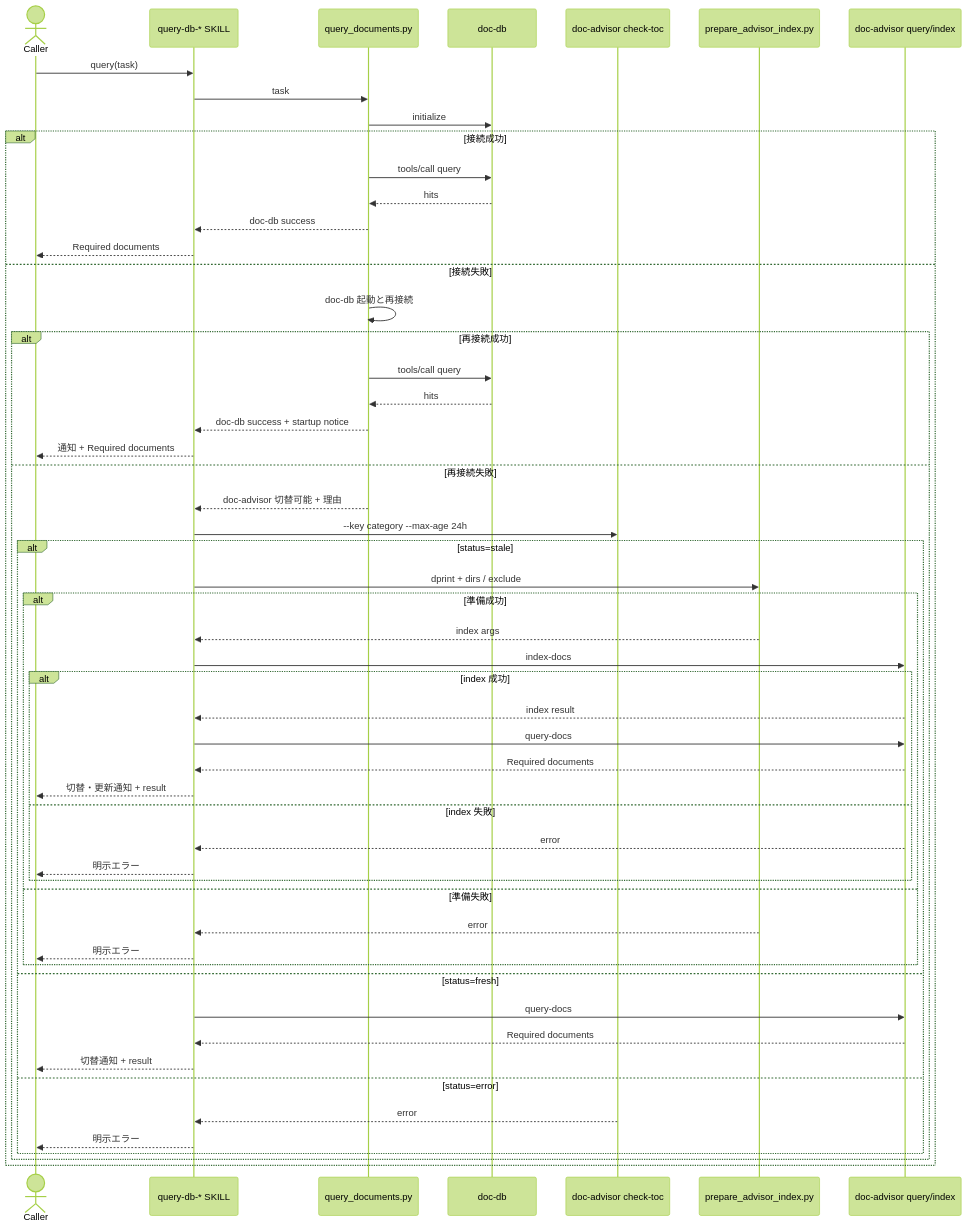
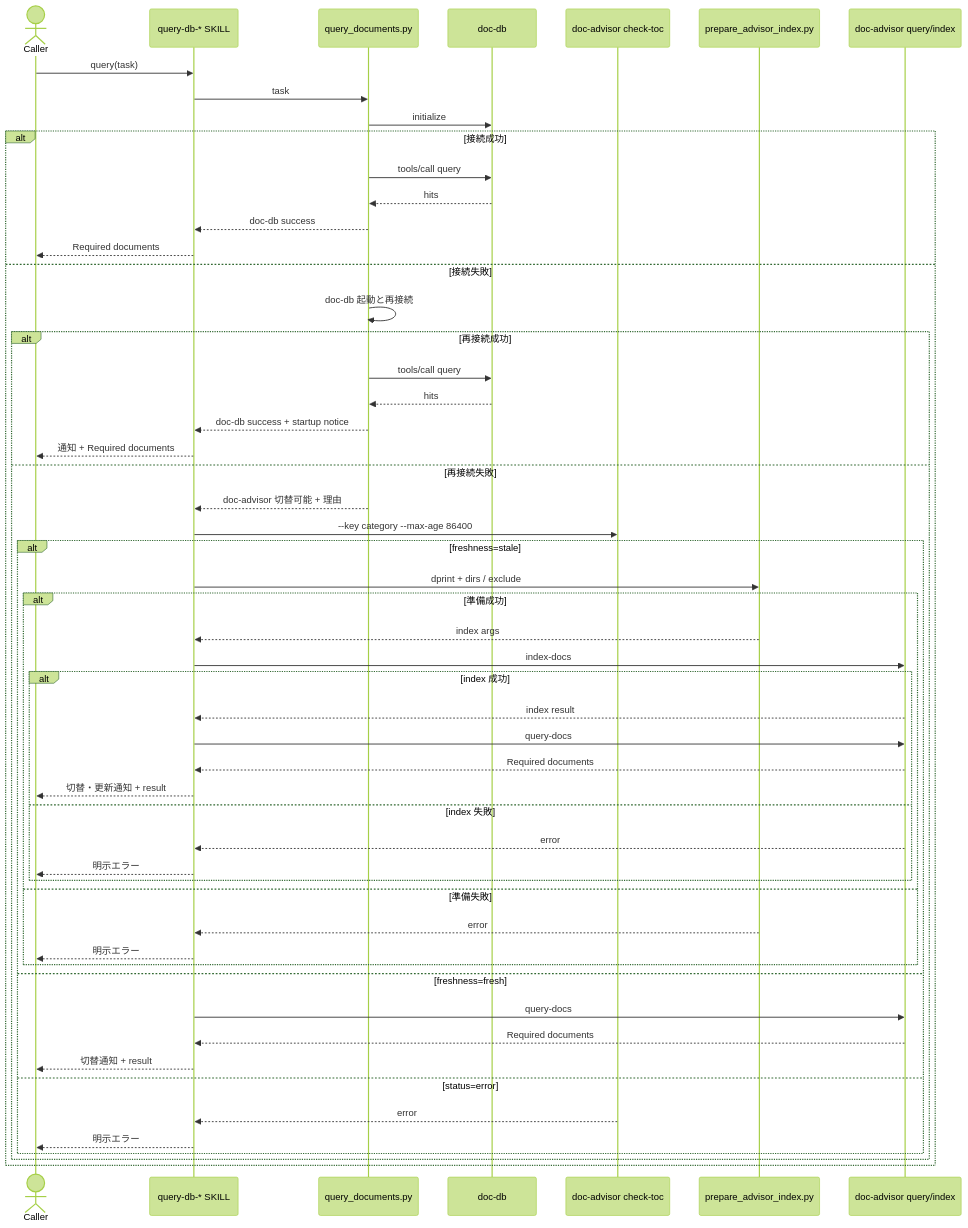
Before and after one commit to BlueEventHorizon/bw-cc-plugins: the second of 3 diagrams in docs/specs/doc-db/design/DES-057_doc_db_backend_selection_design.md, drawn with Mermaid (forest theme). The commit also changed other lines of this file and 1 other file, not shown here.

````diff
--- a/docs/specs/doc-db/design/DES-057_doc_db_backend_selection_design.md
+++ b/docs/specs/doc-db/design/DES-057_doc_db_backend_selection_design.md
@@ -293,57 +343,57 @@
 ```mermaid
 sequenceDiagram
     actor Caller
     participant Skill as query-db-* SKILL
     participant Script as query_documents.py
     participant DB as doc-db
     participant CheckToc as doc-advisor check-toc
     participant Prepare as prepare_advisor_index.py
     participant Advisor as doc-advisor query/index
 
     Caller->>Skill: query(task)
     Skill->>Script: task
     Script->>DB: initialize
     alt 接続成功
         Script->>DB: tools/call query
         DB-->>Script: hits
         Script-->>Skill: doc-db success
         Skill-->>Caller: Required documents
     else 接続失敗
         Script->>Script: doc-db 起動と再接続
         alt 再接続成功
             Script->>DB: tools/call query
             DB-->>Script: hits
             Script-->>Skill: doc-db success + startup notice
             Skill-->>Caller: 通知 + Required documents
         else 再接続失敗
             Script-->>Skill: doc-advisor 切替可能 + 理由
-            Skill->>CheckToc: --key category --max-age 24h
-            alt status=stale
+            Skill->>CheckToc: --key category --max-age 86400
+            alt freshness=stale
                 Skill->>Prepare: dprint + dirs / exclude
                 alt 準備成功
                     Prepare-->>Skill: index args
                     Skill->>Advisor: index-docs
                     alt index 成功
                         Advisor-->>Skill: index result
                         Skill->>Advisor: query-docs
                         Advisor-->>Skill: Required documents
                         Skill-->>Caller: 切替・更新通知 + result
                     else index 失敗
                         Advisor-->>Skill: error
                         Skill-->>Caller: 明示エラー
                     end
                 else 準備失敗
                     Prepare-->>Skill: error
                     Skill-->>Caller: 明示エラー
                 end
-            else status=fresh
+            else freshness=fresh
                 Skill->>Advisor: query-docs
                 Advisor-->>Skill: Required documents
                 Skill-->>Caller: 切替通知 + result
             else status=error
                 CheckToc-->>Skill: error
                 Skill-->>Caller: 明示エラー
             end
         end
     end
 ```
````
